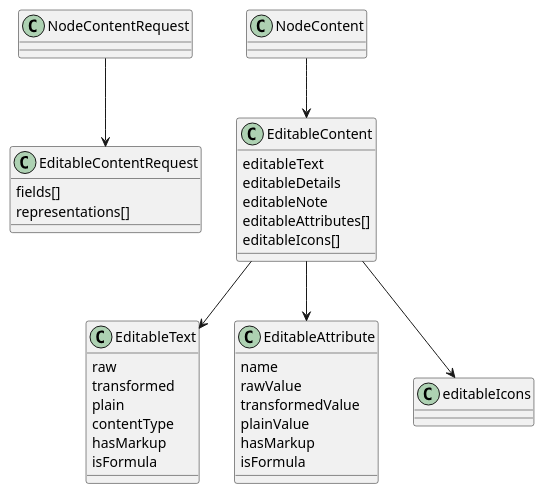
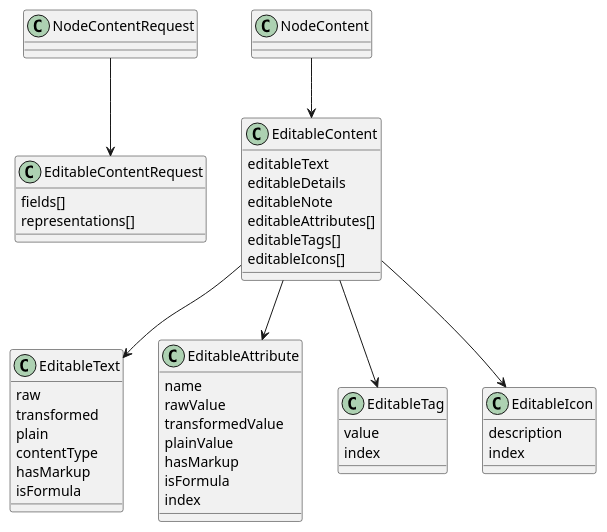
One commit to guoranjun2/nexordia changed the diagram in freeplane_plugin_ai/specs/tasks/in-progress/add-node-content-edit-tool.md. Above: the diagram before and after it, drawn with PlantUML. The commit also changed other lines of this file and 28 other files, not shown here.

Commit message:
Update node content editing and editable content support

````diff
--- a/freeplane_plugin_ai/specs/tasks/in-progress/add-node-content-edit-tool.md
+++ b/freeplane_plugin_ai/specs/tasks/in-progress/add-node-content-edit-tool.md
@@ -39,37 +40,48 @@
 ```plantuml
 @startuml
 class EditableContentRequest {
   fields[]
   representations[]
 }
 class EditableContent {
   editableText
   editableDetails
   editableNote
   editableAttributes[]
+  editableTags[]
   editableIcons[]
 }
 class EditableText {
   raw
   transformed
   plain
   contentType
   hasMarkup
   isFormula
 }
 class EditableAttribute {
   name
   rawValue
   transformedValue
   plainValue
   hasMarkup
   isFormula
+  index
+}
+class EditableTag {
+  value
+  index
+}
+class EditableIcon {
+  description
+  index
 }
 
 NodeContentRequest --> EditableContentRequest
 NodeContent --> EditableContent
 EditableContent --> EditableText
 EditableContent --> EditableAttribute
-EditableContent --> editableIcons
+EditableContent --> EditableTag
+EditableContent --> EditableIcon
 @enduml
 ```
````
